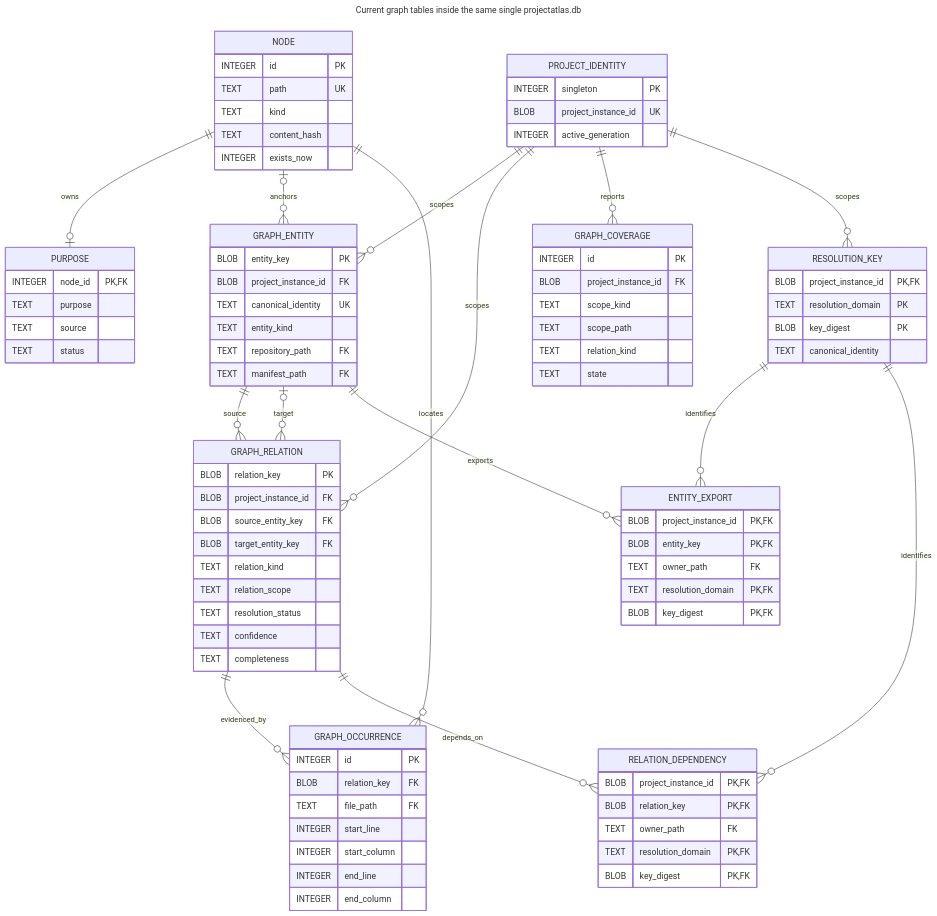
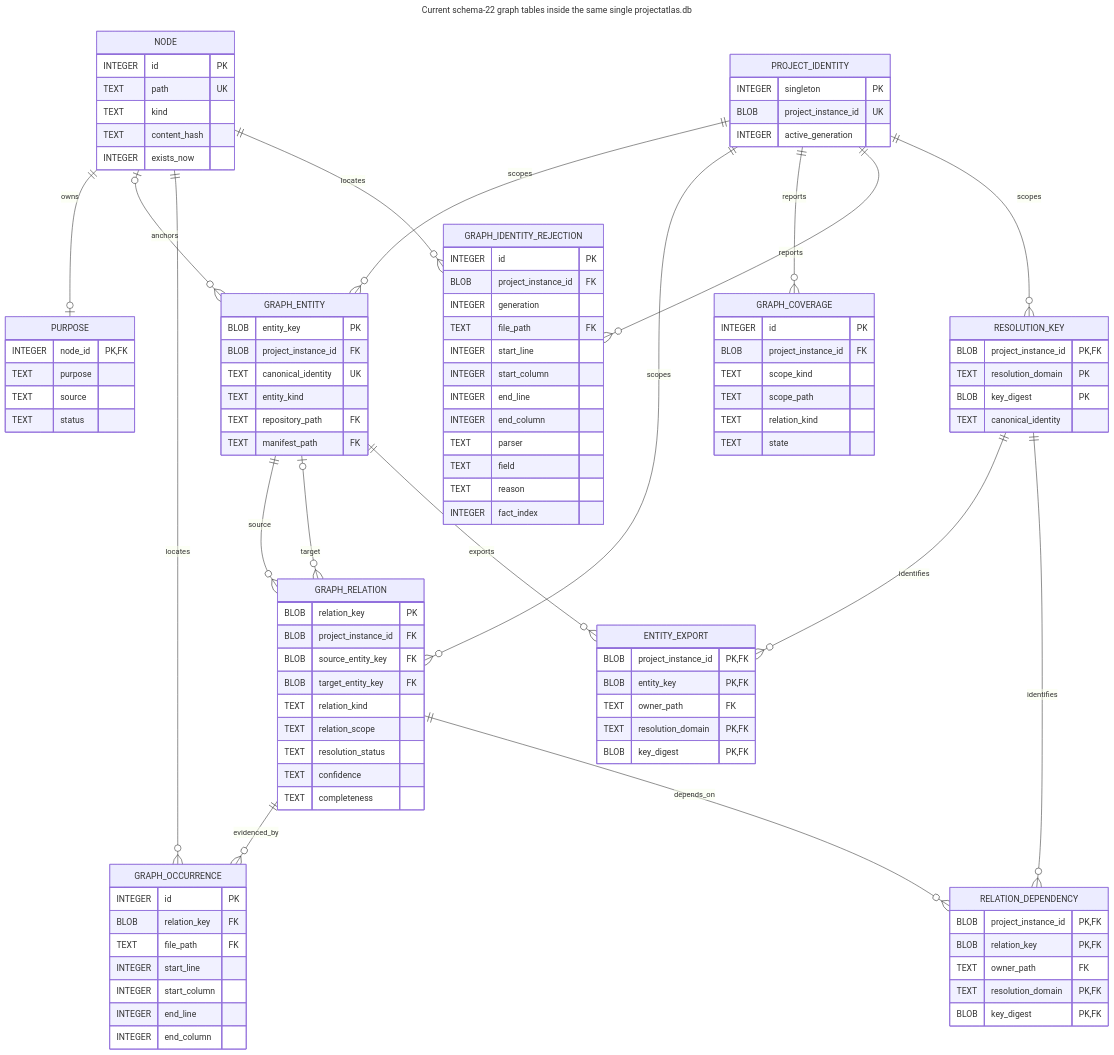
One commit to styler-ai/ProjectAtlas changed the fifth of 37 diagrams in docs/projectatlas-3-architecture.md. Above: the diagram before and after it, drawn with Mermaid. The commit also changed other lines of this file and 17 other files, not shown here.

First line of the commit message:
fix(graph): admit invalid source identities during publication (#513)

````diff
--- a/docs/projectatlas-3-architecture.md
+++ b/docs/projectatlas-3-architecture.md
@@ -480,6 +480,6 @@
 ```mermaid
 ---
-title: Current graph tables inside the same single projectatlas.db
+title: Current schema-22 graph tables inside the same single projectatlas.db
 ---
 erDiagram
     PROJECT_IDENTITY {
@@ -536,6 +536,20 @@
         TEXT relation_kind
         TEXT state
     }
+    GRAPH_IDENTITY_REJECTION {
+        INTEGER id PK
+        BLOB project_instance_id FK
+        INTEGER generation
+        TEXT file_path FK
+        INTEGER start_line
+        INTEGER start_column
+        INTEGER end_line
+        INTEGER end_column
+        TEXT parser
+        TEXT field
+        TEXT reason
+        INTEGER fact_index
+    }
     RESOLUTION_KEY {
         BLOB project_instance_id PK,FK
         TEXT resolution_domain PK
@@ -560,10 +574,12 @@
     PROJECT_IDENTITY ||--o{ GRAPH_ENTITY : scopes
     PROJECT_IDENTITY ||--o{ GRAPH_RELATION : scopes
     PROJECT_IDENTITY ||--o{ GRAPH_COVERAGE : reports
+    PROJECT_IDENTITY ||--o{ GRAPH_IDENTITY_REJECTION : reports
     PROJECT_IDENTITY ||--o{ RESOLUTION_KEY : scopes
     NODE ||--o| PURPOSE : owns
     NODE o|--o{ GRAPH_ENTITY : anchors
     NODE ||--o{ GRAPH_OCCURRENCE : locates
+    NODE ||--o{ GRAPH_IDENTITY_REJECTION : locates
     GRAPH_ENTITY ||--o{ GRAPH_RELATION : source
     GRAPH_ENTITY o|--o{ GRAPH_RELATION : target
     GRAPH_ENTITY ||--o{ ENTITY_EXPORT : exports
````
